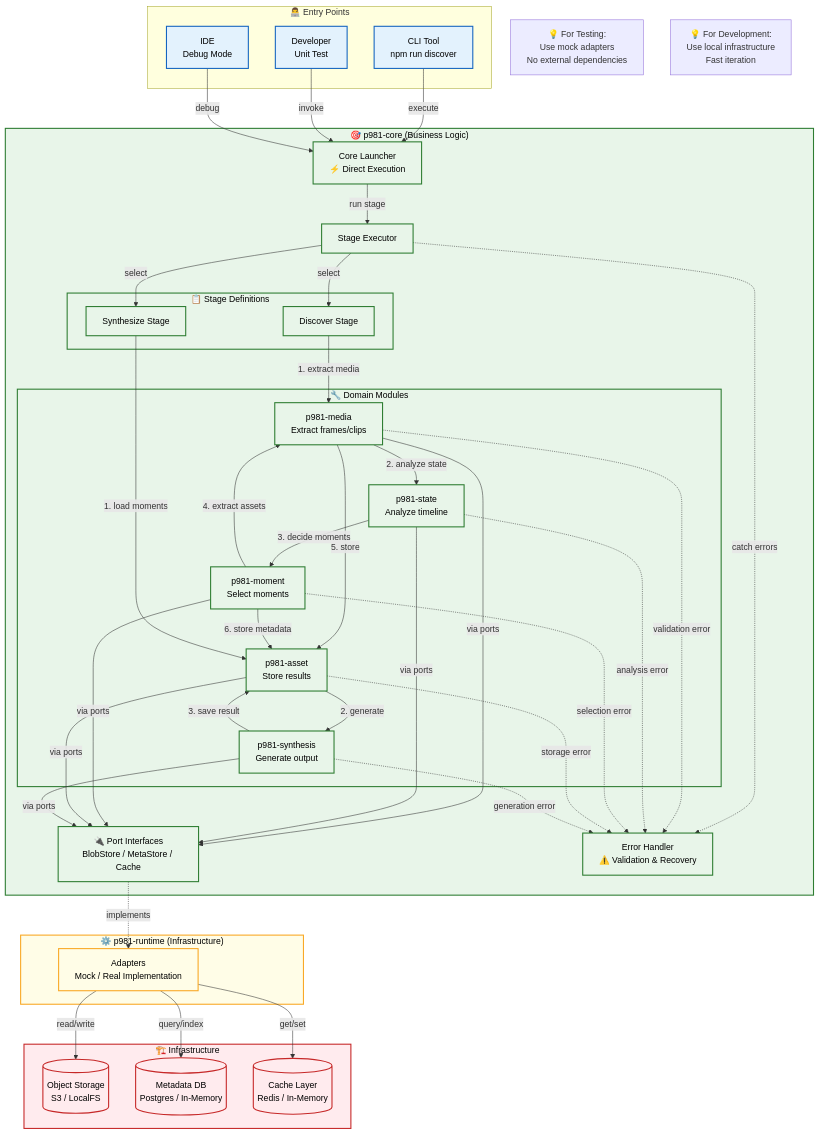
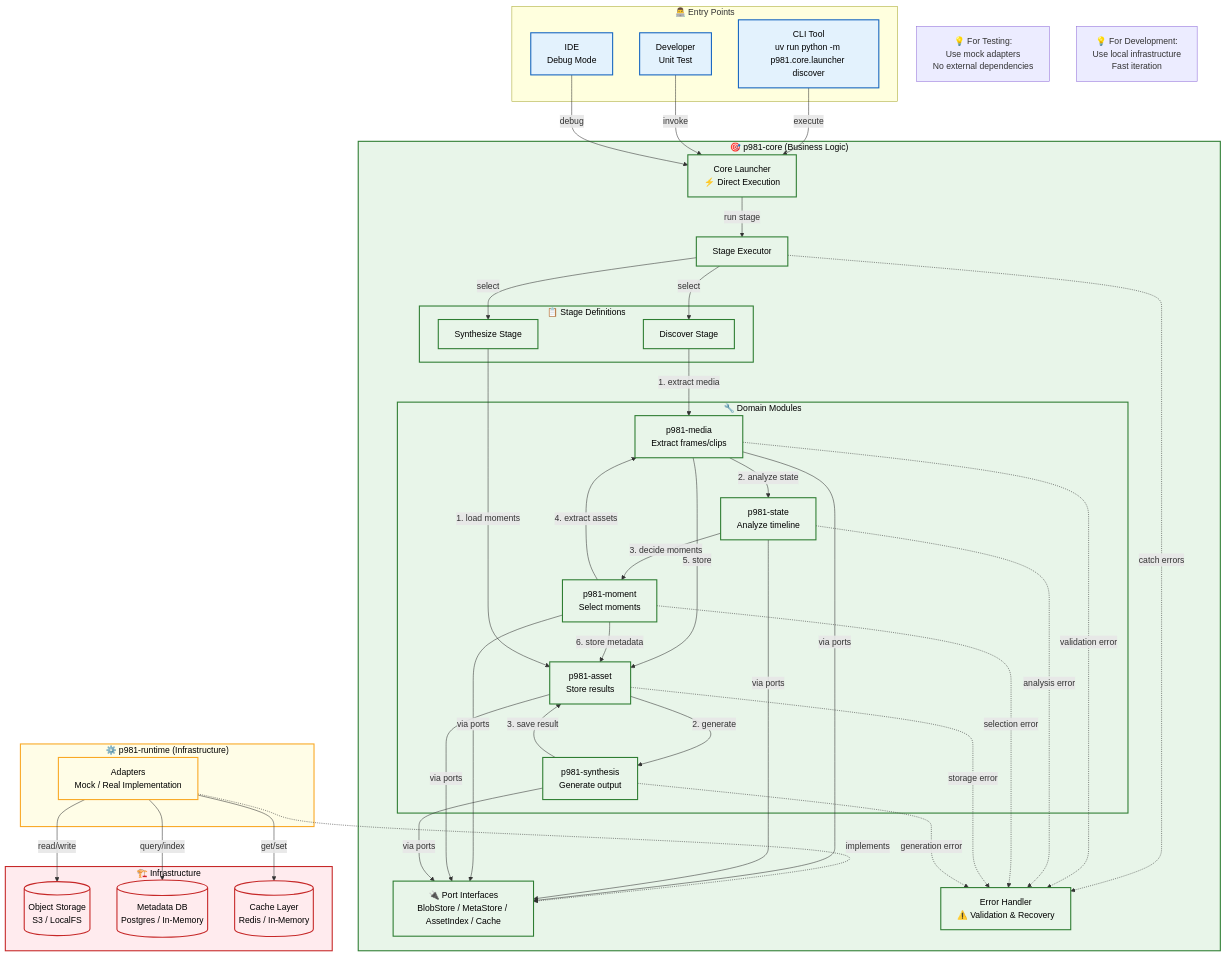
Before and after one commit to monolith-hyeonrae/portrait981: the diagram in specs/diagrams/core.mmd, drawn with Mermaid. The commit also changed 12 other files, not shown here.

```diff
--- a/specs/diagrams/core.mmd
+++ b/specs/diagrams/core.mmd
@@ -1,94 +1,94 @@
 graph TB
   classDef entry fill:#e3f2fd,stroke:#1565c0,stroke-width:2px,color:#000
   classDef core fill:#e8f5e9,stroke:#2e7d32,stroke-width:2px,color:#000
   classDef runtime fill:#fffde7,stroke:#f9a825,stroke-width:2px,color:#000
   classDef infra fill:#ffebee,stroke:#c62828,stroke-width:2px,color:#000
   
   subgraph ENTRY["👨‍💻 Entry Points"]
-    CLI[CLI Tool<br/>npm run discover]
+    CLI[CLI Tool<br/>uv run python -m p981.core.launcher discover]
     DEV[Developer<br/>Unit Test]
     IDE[IDE<br/>Debug Mode]
   end
   
   subgraph CORE["🎯 p981-core (Business Logic)"]
     LAUNCH[Core Launcher<br/>⚡ Direct Execution]
     EXEC[Stage Executor]
     
     subgraph STAGE["📋 Stage Definitions"]
       DISC[Discover Stage]
       SYN[Synthesize Stage]
     end
     
     subgraph DOMAIN["🔧 Domain Modules"]
       MEDIA[p981-media<br/>Extract frames/clips]
       STATE[p981-state<br/>Analyze timeline]
       MOMENT[p981-moment<br/>Select moments]
       ASSET[p981-asset<br/>Store results]
       SYNTH[p981-synthesis<br/>Generate output]
     end
     
-    PORTS[🔌 Port Interfaces<br/>BlobStore / MetaStore / Cache]
+    PORTS[🔌 Port Interfaces<br/>BlobStore / MetaStore / AssetIndex / Cache]
     ERR[Error Handler<br/>⚠️ Validation & Recovery]
   end
   
   subgraph RUNTIME["⚙️ p981-runtime (Infrastructure)"]
     ADAPTERS[Adapters<br/>Mock / Real Implementation]
   end
   
   subgraph INFRA["🏗️ Infrastructure"]
     OBJ[(Object Storage<br/>S3 / LocalFS)]
     META[(Metadata DB<br/>Postgres / In-Memory)]
     CACHE[(Cache Layer<br/>Redis / In-Memory)]
   end
   
   %% Entry → Core
   CLI -->|execute| LAUNCH
   DEV -->|invoke| LAUNCH
   IDE -->|debug| LAUNCH
   
   %% Core Execution Flow
   LAUNCH -->|run stage| EXEC
   EXEC -->|select| DISC
   EXEC -->|select| SYN
   EXEC -.catch errors.-> ERR
   
   %% Discover Stage Flow
   DISC -->|1. extract media| MEDIA
   MEDIA -->|2. analyze state| STATE
   STATE -->|3. decide moments| MOMENT
   MOMENT -->|4. extract assets| MEDIA
   MEDIA -->|5. store| ASSET
   MOMENT -->|6. store metadata| ASSET
   
   %% Synthesize Stage Flow
   SYN -->|1. load moments| ASSET
   ASSET -->|2. generate| SYNTH
   SYNTH -->|3. save result| ASSET
   
   %% Error Flow
   MEDIA -.validation error.-> ERR
   STATE -.analysis error.-> ERR
   MOMENT -.selection error.-> ERR
   ASSET -.storage error.-> ERR
   SYNTH -.generation error.-> ERR
   
   %% Port → Adapter → Infrastructure
-  PORTS -.implements.-> ADAPTERS
+  ADAPTERS -.implements.-> PORTS
   MEDIA -->|via ports| PORTS
   STATE -->|via ports| PORTS
   MOMENT -->|via ports| PORTS
   ASSET -->|via ports| PORTS
   SYNTH -->|via ports| PORTS
   
   ADAPTERS -->|read/write| OBJ
   ADAPTERS -->|query/index| META
   ADAPTERS -->|get/set| CACHE
   
   %% Annotations
   note1[💡 For Testing:<br/>Use mock adapters<br/>No external dependencies]
   note2[💡 For Development:<br/>Use local infrastructure<br/>Fast iteration]
   
   class CLI,DEV,IDE entry
   class CORE,LAUNCH,EXEC,STAGE,DISC,SYN,DOMAIN,MEDIA,STATE,MOMENT,ASSET,SYNTH,PORTS,ERR core
   class RUNTIME,ADAPTERS runtime
   class INFRA,OBJ,META,CACHE infra
```
